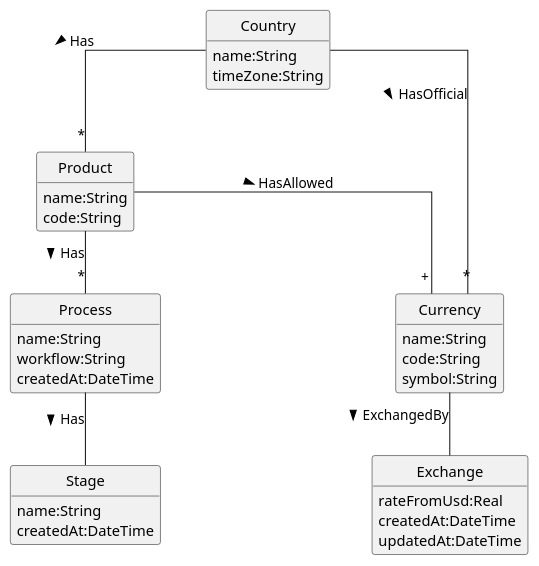
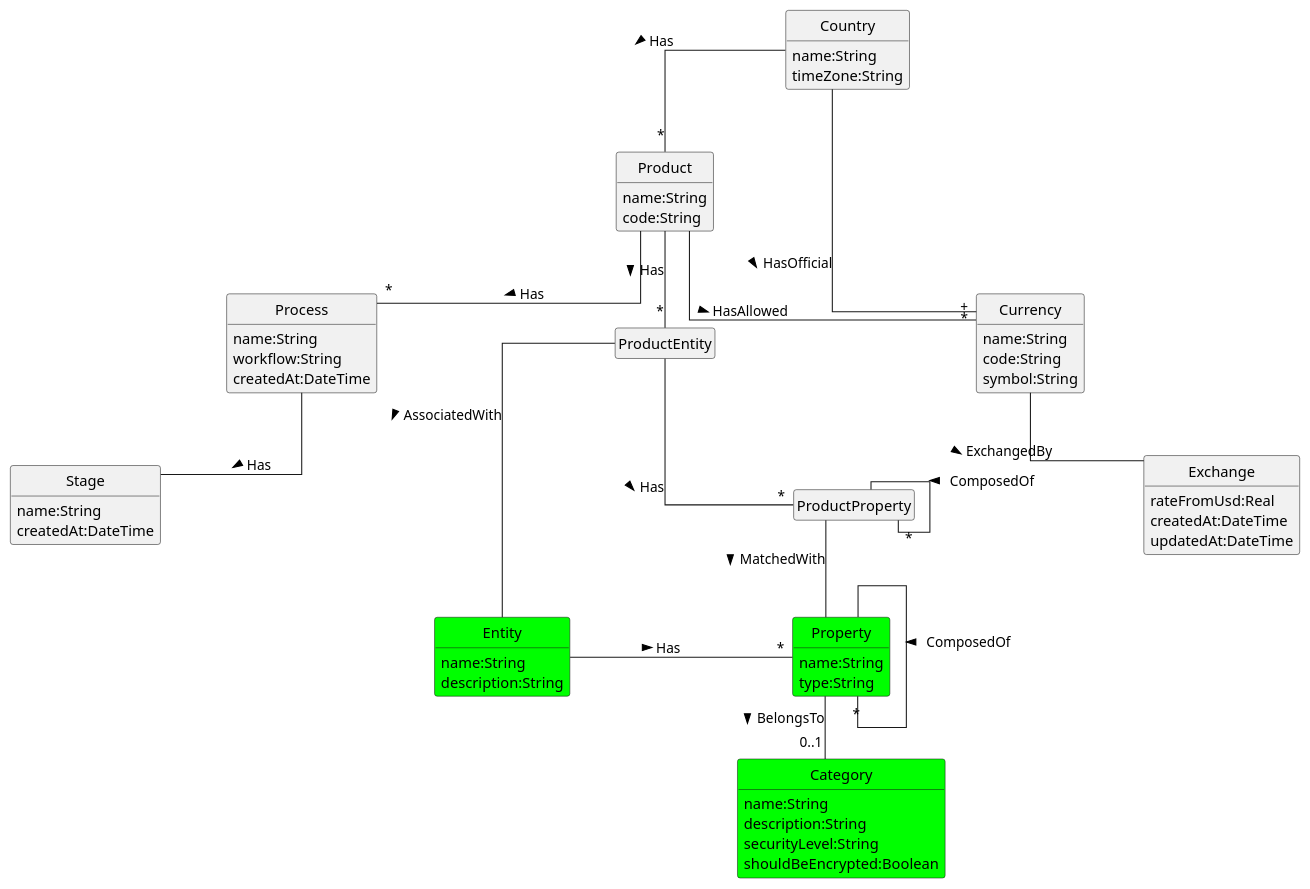
Before and after one commit to fhdiaze/kiwi: the diagram in docs/design/bpm-catalog.pu, drawn with PlantUML. The commit also changed 1 other file, not shown here.

```diff
--- a/docs/design/bpm-catalog.pu
+++ b/docs/design/bpm-catalog.pu
@@ -1,51 +1,80 @@
 @startuml Domain
 
 hide circle
 hide empty members
 skinparam linetype ortho
 skinparam nodesep 200
 
 class Product {
     name:String
     code:String
 }
 
 class Country {
   name:String
   timeZone:String
 }
 
 class Process {
   name:String
   workflow:String
   createdAt:DateTime
 }
 
 class Stage {
   name:String
   createdAt:DateTime
 }
 
 class Currency {
   name:String
   code:String
   symbol:String
 }
 
 class Exchange {
     rateFromUsd:Real
     createdAt:DateTime
     updatedAt:DateTime
 }
 
+class Entity #lime {
+  name:String
+  description:String
+}
+
+class Property #lime {
+  name:String
+  type:String
+}
+
+class Category #lime {
+  name:String
+  description:String
+  securityLevel:String
+  shouldBeEncrypted:Boolean
+}
+
 Country -- "*" Product:Has >
 Country -- "*" Currency:HasOfficial >
 
 Product -- "+" Currency:HasAllowed >
 Product -- "*" Process:Has >
+Product -- "*" ProductEntity:Has >
 
 Process -- Stage:Has >
 
 Currency -- Exchange:ExchangedBy >
 
+Entity -r- "*" Property:Has >
+
+Property -- "*" Property:ComposedOf >
+Property -- "0..1" Category:BelongsTo >
+
+ProductEntity -- Entity:AssociatedWith >
+ProductEntity -- "*" ProductProperty:Has >
+
+ProductProperty -- Property:MatchedWith >
+ProductProperty -- "*" ProductProperty:ComposedOf >
+
 @enduml
```
